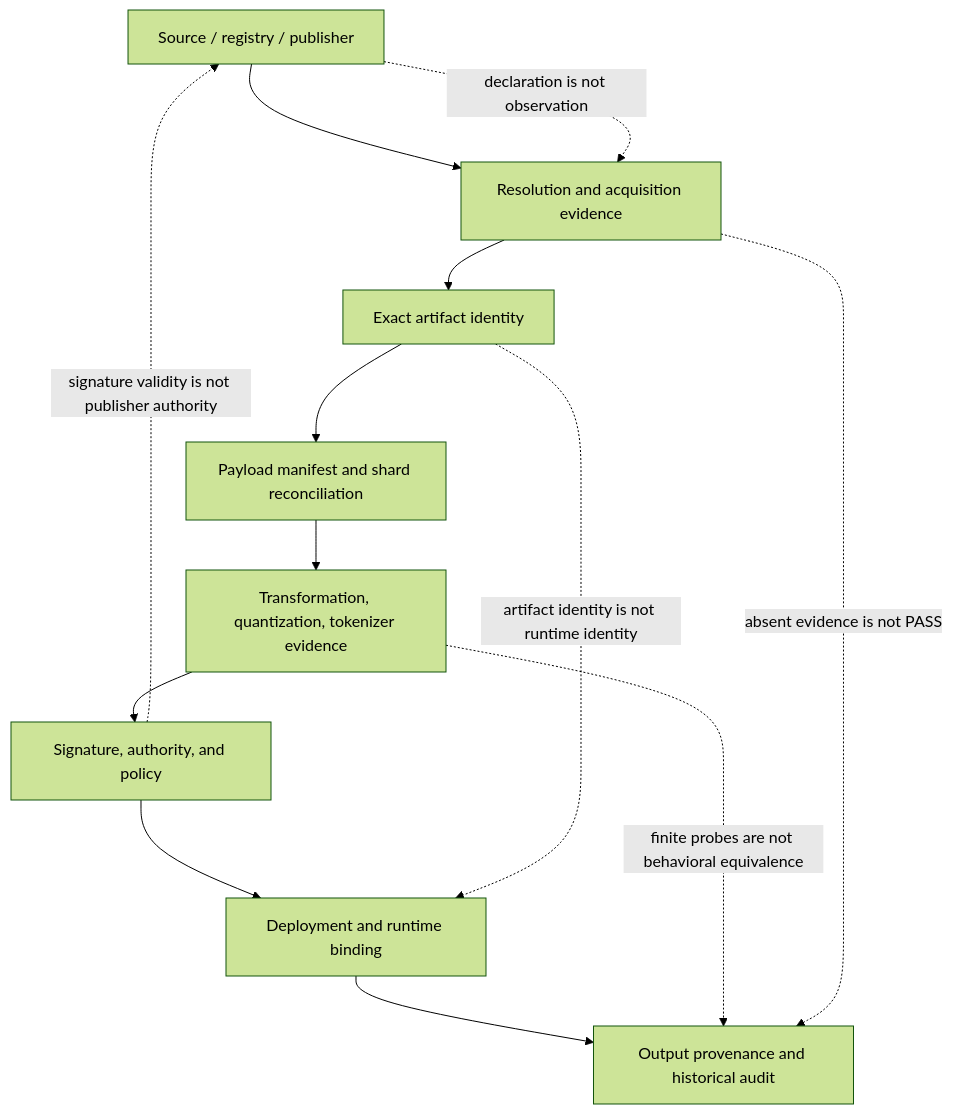
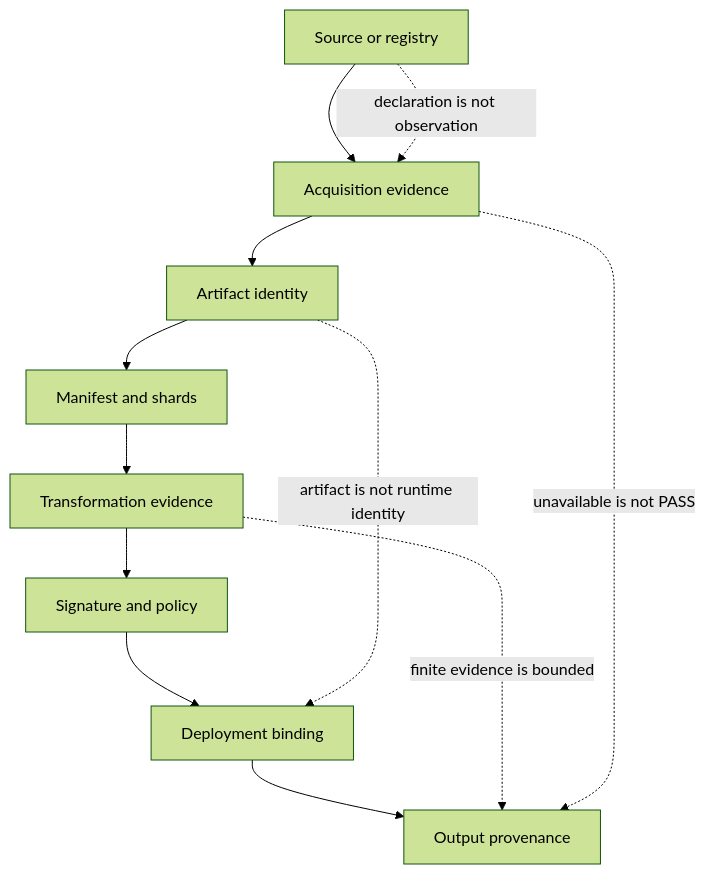
The diagram in README.md (200lz/open-model-integration-validator), drawn with Mermaid (forest theme) before and after one commit. The commit also changed other lines of this file and 3 other files, not shown here.

````diff
--- a/README.md
+++ b/README.md
@@ -72,15 +97,14 @@
 ```mermaid
 flowchart TD
-    A[Source / registry / publisher] --> B[Resolution and acquisition evidence]
-    B --> C[Exact artifact identity]
-    C --> D[Payload manifest and shard reconciliation]
-    D --> E[Transformation, quantization, tokenizer evidence]
-    E --> F[Signature, authority, and policy]
-    F --> G[Deployment and runtime binding]
-    G --> H[Output provenance and historical audit]
+    A[Source or registry] --> B[Acquisition evidence]
+    B --> C[Artifact identity]
+    C --> D[Manifest and shards]
+    D --> E[Transformation evidence]
+    E --> F[Signature and policy]
+    F --> G[Deployment binding]
+    G --> H[Output provenance]
     A -. declaration is not observation .-> B
-    C -. artifact identity is not runtime identity .-> G
-    F -. signature validity is not publisher authority .-> A
-    E -. finite probes are not behavioral equivalence .-> H
-    B -. absent evidence is not PASS .-> H
+    C -. artifact is not runtime identity .-> G
+    E -. finite evidence is bounded .-> H
+    B -. unavailable is not PASS .-> H
 ```
````
